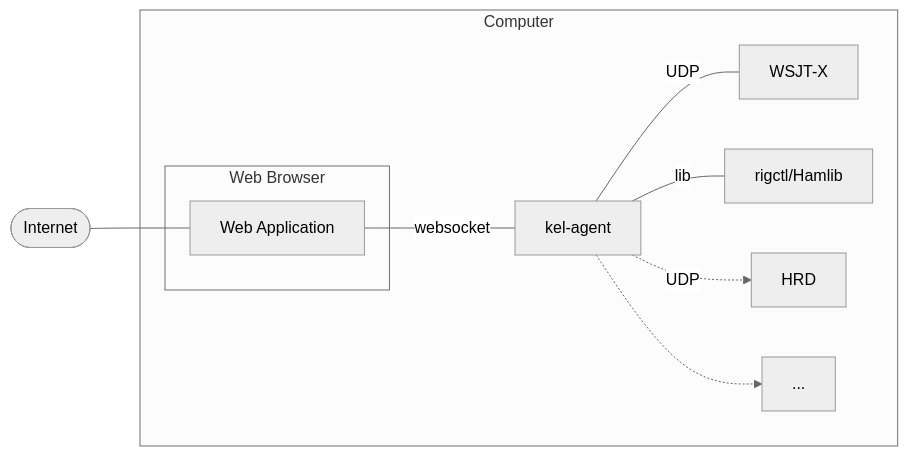
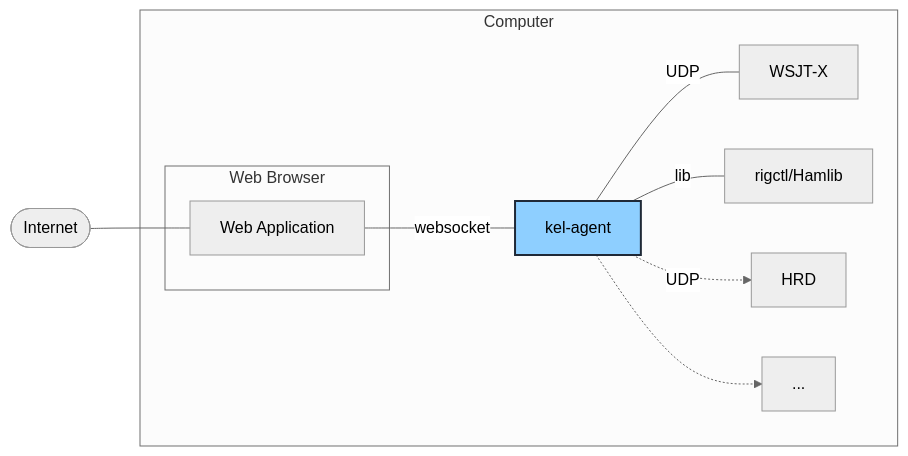
Before and after one commit to k0swe/kel-agent: the diagram in README.md, drawn with Mermaid (neutral theme).

Commit message:
Highlight kel-agent node in README Mermaid diagram

````diff
--- a/README.md
+++ b/README.md
@@ -14,19 +14,20 @@
 ```mermaid
 flowchart LR
     Internet([Internet]) --- Application[Web Application]
     subgraph Computer
         subgraph Browser[Web Browser]
             Application
         end
         agent[kel-agent]
         WSJTX[WSJT-X]
         rigctld[rigctl/Hamlib]
         HRD[HRD]
         etc[...]
     end
     Application ---|websocket| agent
     agent ---|UDP| WSJTX
     agent ---|lib| rigctld
     agent -.->|UDP| HRD
     agent -.-> etc
+    style agent fill:#8ecfff,stroke:#1f2937,stroke-width:2px
 ```
````
